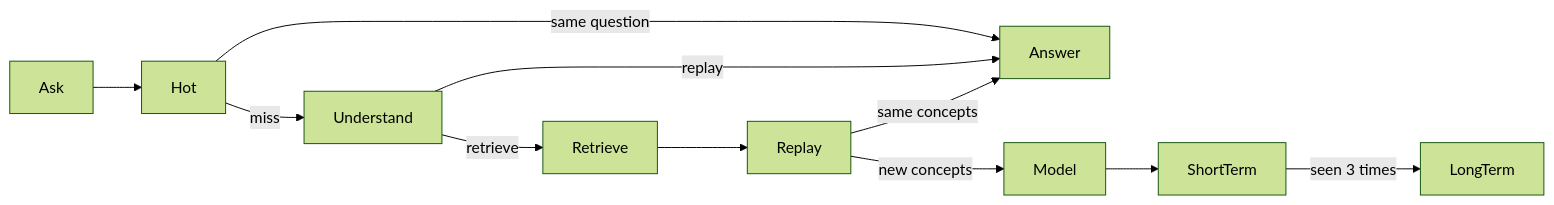
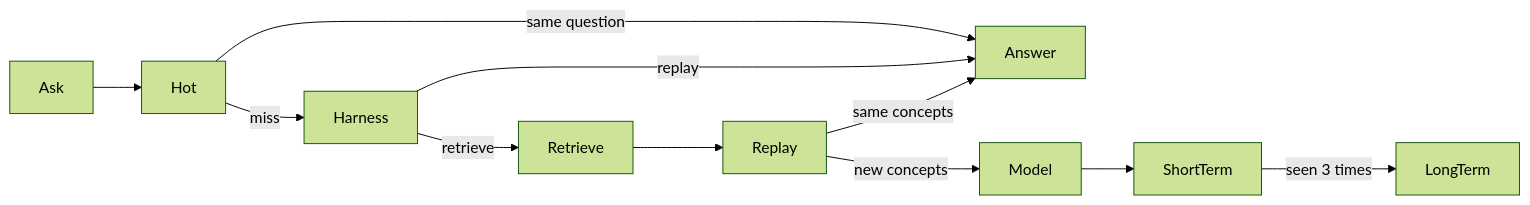
Before and after one commit to lamng3/moira: the diagram in README.md, drawn with Mermaid (forest theme). The commit also changed other lines of this file and 6 other files, not shown here.

````diff
--- a/README.md
+++ b/README.md
@@ -74,13 +74,13 @@
 ```mermaid
 flowchart LR
     Ask --> Hot
     Hot -->|same question| Answer
-    Hot -->|miss| Understand
-    Understand -->|replay| Answer
-    Understand -->|retrieve| Retrieve
+    Hot -->|miss| Harness
+    Harness -->|replay| Answer
+    Harness -->|retrieve| Retrieve
     Retrieve --> Replay
     Replay -->|same concepts| Answer
     Replay -->|new concepts| Model
     Model --> ShortTerm
     ShortTerm -->|seen 3 times| LongTerm
 ```
````
